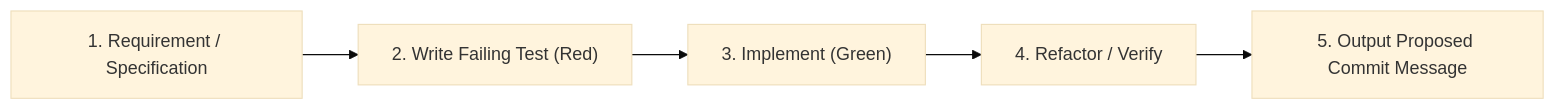
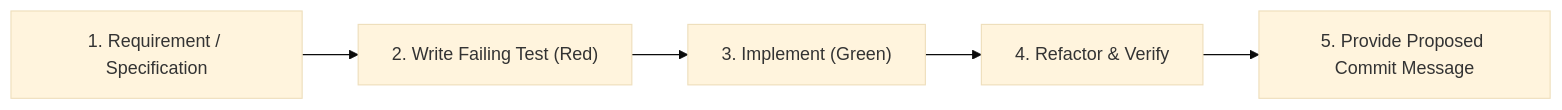
The diagram in .agents/skills/test-driven-development/SKILL.md (jayam04/greenline), drawn with Mermaid (base theme) before and after one commit. The commit also changed other lines of this file and 5 other files, not shown here.

Commit message:
docs(agents): refine proposed commit message rules, instruction precedence, and tdd workflow

````diff
--- a/.agents/skills/test-driven-development/SKILL.md
+++ b/.agents/skills/test-driven-development/SKILL.md
@@ -17,7 +21,7 @@
 ```mermaid
 graph LR
     A["1. Requirement / Specification"] --> B["2. Write Failing Test (Red)"]
     B --> C["3. Implement (Green)"]
-    C --> D["4. Refactor / Verify"]
-    D --> E["5. Output Proposed Commit Message"]
+    C --> D["4. Refactor & Verify"]
+    D --> E["5. Provide Proposed Commit Message"]
 ```
````
